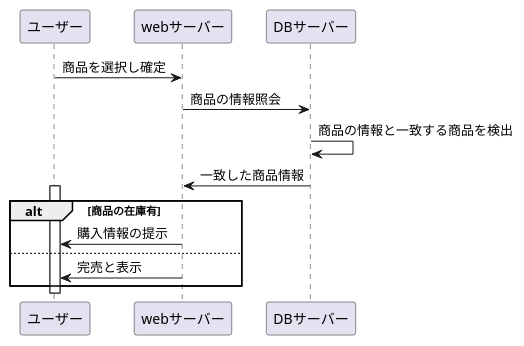
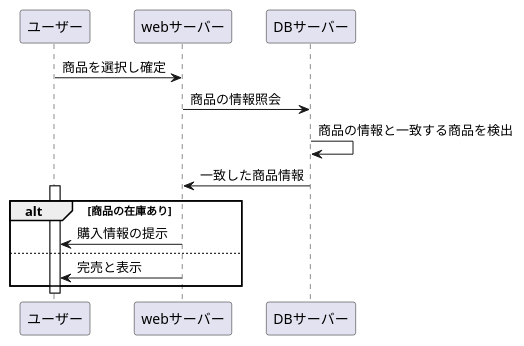
One commit to Aso2001195/2021sys-design changed the diagram in kadai7.md. Above: the diagram before and after it, drawn with PlantUML.

````diff
--- a/kadai7.md
+++ b/kadai7.md
@@ -1,15 +1,15 @@
 ```uml
 @startuml
 ユーザー->webサーバー:商品を選択し確定
 webサーバー->DBサーバー:商品の情報照会
 DBサーバー->DBサーバー:商品の情報と一致する商品を検出
 DBサーバー->webサーバー:一致した商品情報
 activate ユーザー
-alt 商品の在庫有
+alt 商品の在庫あり
 webサーバー->ユーザー:購入情報の提示
 else 
 webサーバー->ユーザー:完売と表示
-end
+end 在庫なし
 deactivate ユーザー
 @enduml
 ```
````
